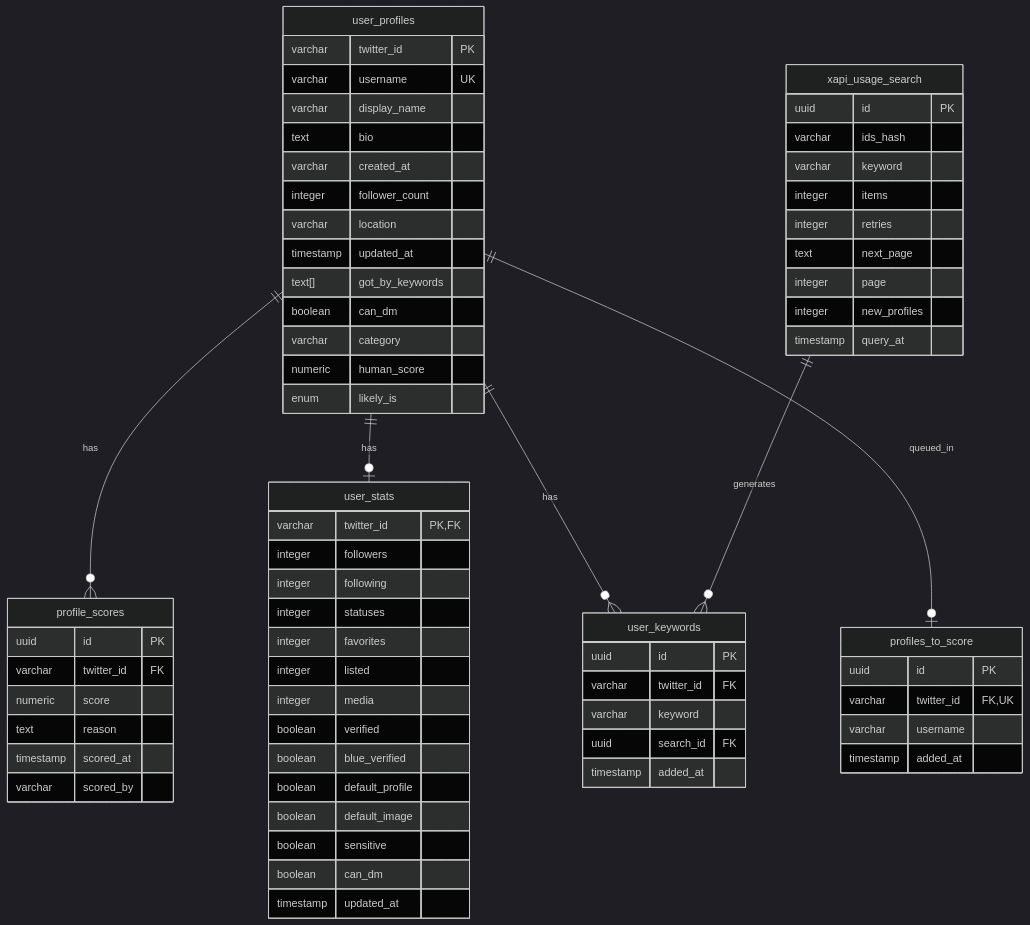
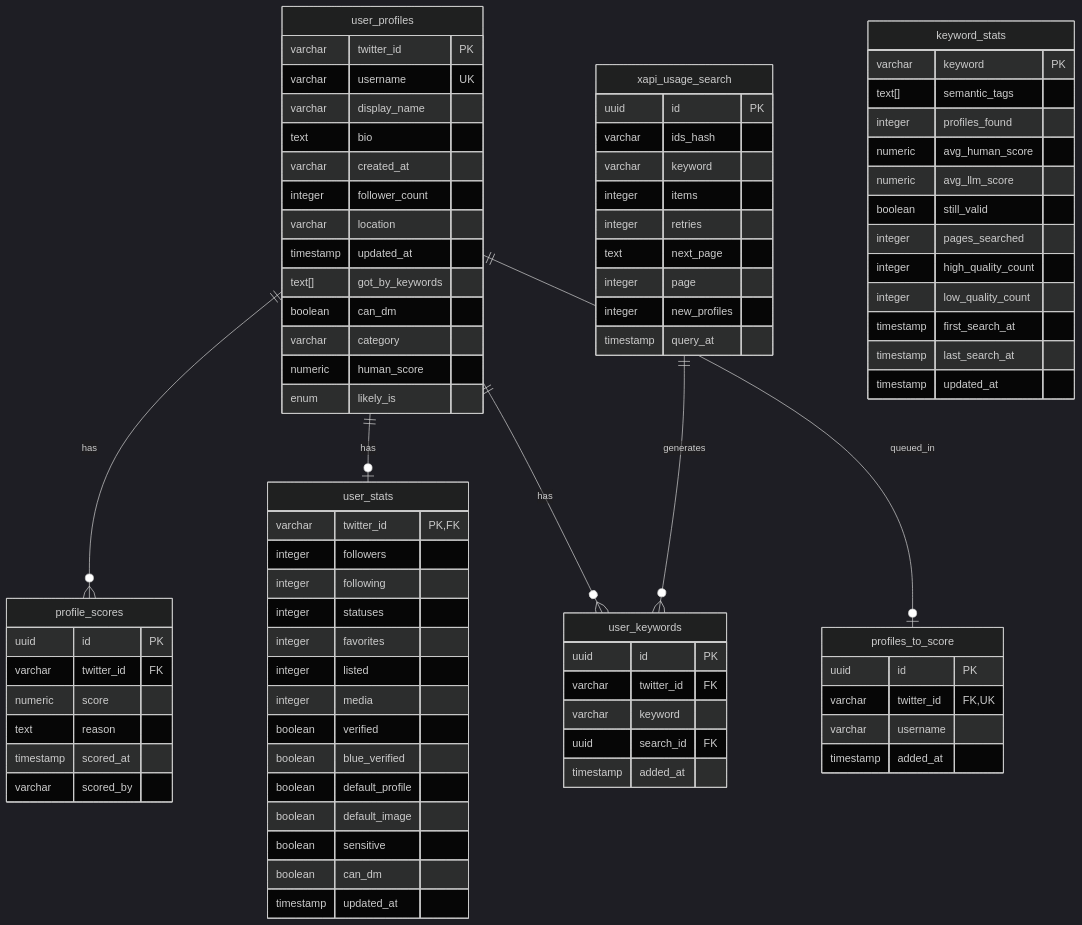
Before and after one commit to DanEscher98/twitter-profile-scorer: the second of 2 diagrams in docs/data_pipeline.md, drawn with Mermaid (dark theme). The commit also changed other lines of this file and 14 other files, not shown here.

First line of the commit message:
Add keyword_stats table with semantic tags, database-driven keyword-engine

````diff
--- a/docs/data_pipeline.md
+++ b/docs/data_pipeline.md
@@ -116,4 +116,19 @@
         integer new_profiles
         timestamp query_at
     }
+
+    keyword_stats {
+        varchar keyword PK
+        text[] semantic_tags
+        integer profiles_found
+        numeric avg_human_score
+        numeric avg_llm_score
+        boolean still_valid
+        integer pages_searched
+        integer high_quality_count
+        integer low_quality_count
+        timestamp first_search_at
+        timestamp last_search_at
+        timestamp updated_at
+    }
 ```
````
